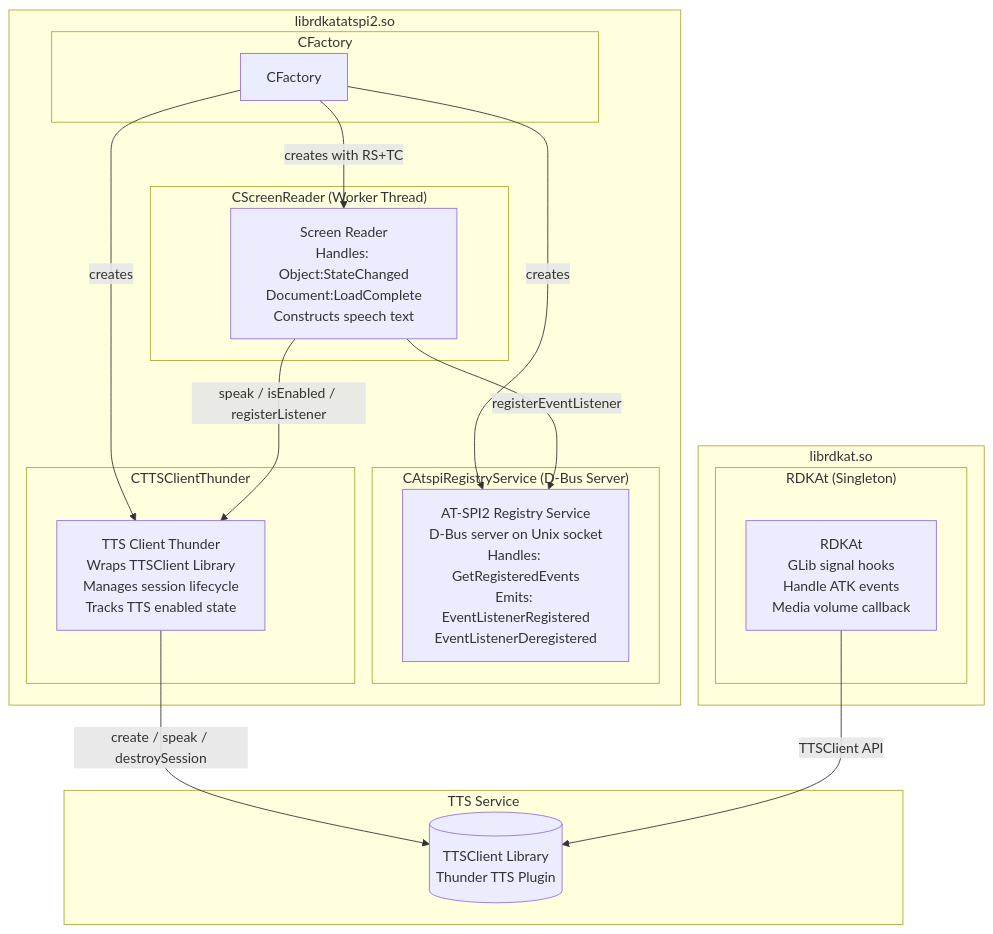
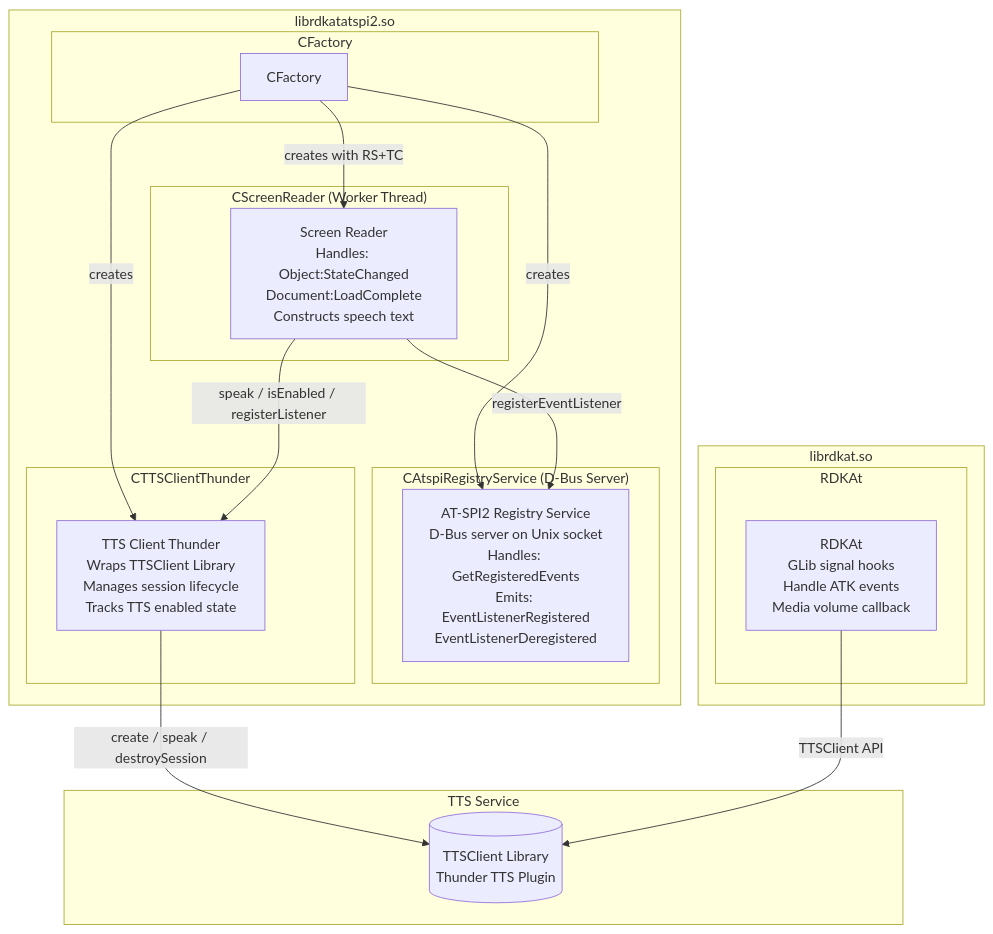
Before and after one commit to rns21/RDK_Documentation: the second of 9 diagrams in docs/docu/RDKV-Documentations/rdkat.md, drawn with Mermaid. The commit also changed other lines of this file, not shown here.

````diff
--- a/docs/docu/RDKV-Documentations/rdkat.md
+++ b/docs/docu/RDKV-Documentations/rdkat.md
@@ -73,40 +73,40 @@
 ```mermaid
 graph TD
 
 subgraph rdkat_atspi2["librdkatatspi2.so"]
     subgraph Factory["CFactory"]
         F[CFactory]
     end
 
     subgraph RegistryService["CAtspiRegistryService (D-Bus Server)"]
         RS[AT-SPI2 Registry Service\nD-Bus server on Unix socket\nHandles: GetRegisteredEvents\nEmits: EventListenerRegistered\nEventListenerDeregistered]
     end
 
     subgraph ScreenReader["CScreenReader (Worker Thread)"]
         SR[Screen Reader\nHandles: Object:StateChanged\nDocument:LoadComplete\nConstructs speech text]
     end
 
     subgraph TTSClientThunder["CTTSClientThunder"]
         TC[TTS Client Thunder\nWraps TTSClient Library\nManages session lifecycle\nTracks TTS enabled state]
     end
 end
 
 subgraph TTSService["TTS Service"]
     TTS[(TTSClient Library\nThunder TTS Plugin)]
 end
 
 subgraph ATKBridge["librdkat.so"]
-    subgraph RDKAtSingleton["RDKAt (Singleton)"]
+    subgraph RDKAtNode["RDKAt"]
         RA[RDKAt\nGLib signal hooks\nHandle ATK events\nMedia volume callback]
     end
 end
 
 F -->|creates| RS
 F -->|creates| TC
 F -->|creates with RS+TC| SR
 
 SR -->|registerEventListener| RS
 SR -->|speak / isEnabled / registerListener| TC
 TC -->|create / speak / destroySession| TTS
 RA -->|TTSClient API| TTS
 ```
````
